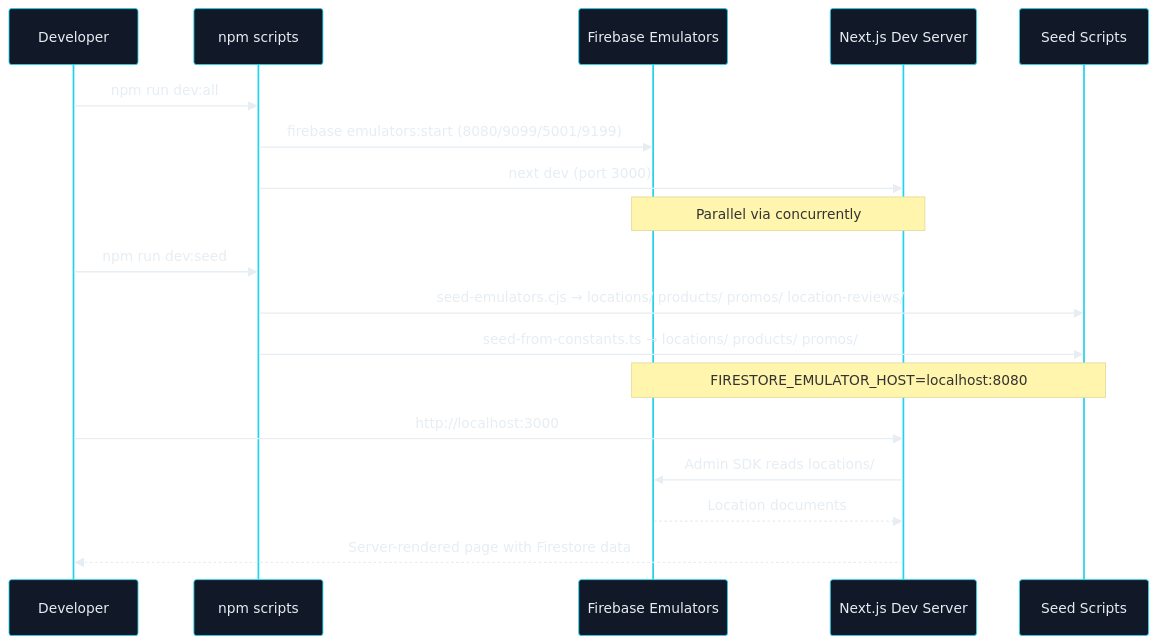
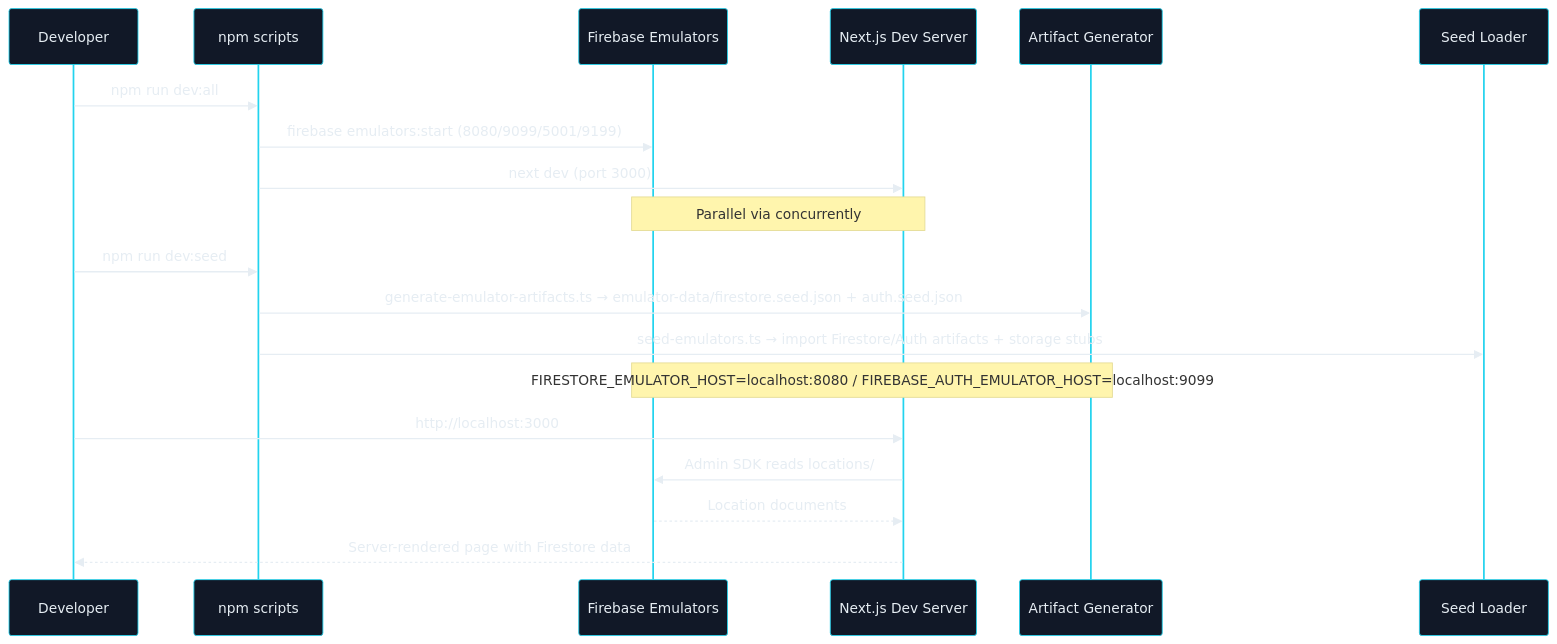
One commit to brewski-beers/rush-n-relax changed the fourth of 5 diagrams in docs/engineering/architecture.md. Above: the diagram before and after it, drawn with Mermaid. The commit also changed other lines of this file and 78 other files, not shown here.

````diff
--- a/docs/engineering/architecture.md
+++ b/docs/engineering/architecture.md
@@ -203,25 +203,26 @@
 ```mermaid
 %%{init: {'theme': 'base', 'themeVariables': {'background': '#0b0f17', 'primaryColor': '#111827', 'primaryTextColor': '#e6edf3', 'primaryBorderColor': '#22d3ee', 'lineColor': '#94a3b8', 'secondaryColor': '#0f172a', 'tertiaryColor': '#111827', 'clusterBkg': '#0f172a', 'clusterBorder': '#22d3ee', 'fontFamily': 'Avenir Next, Avenir, Segoe UI, sans-serif'}}}%%
 
 sequenceDiagram
     participant Dev as Developer
     participant NPM as npm scripts
     participant Emu as Firebase Emulators
     participant Next as Next.js Dev Server
-    participant Seed as Seed Scripts
+    participant Gen as Artifact Generator
+    participant Seed as Seed Loader
 
     Dev->>NPM: npm run dev:all
     NPM->>Emu: firebase emulators:start (8080/9099/5001/9199)
     NPM->>Next: next dev (port 3000)
     Note over Emu,Next: Parallel via concurrently
 
     Dev->>NPM: npm run dev:seed
-    NPM->>Seed: seed-emulators.cjs → locations/ products/ promos/ location-reviews/
-    NPM->>Seed: seed-from-constants.ts → locations/ products/ promos/
-    Note over Seed,Emu: FIRESTORE_EMULATOR_HOST=localhost:8080
+    NPM->>Gen: generate-emulator-artifacts.ts → emulator-data/firestore.seed.json + auth.seed.json
+    NPM->>Seed: seed-emulators.ts → import Firestore/Auth artifacts + storage stubs
+    Note over Gen,Emu: FIRESTORE_EMULATOR_HOST=localhost:8080 / FIREBASE_AUTH_EMULATOR_HOST=localhost:9099
 
     Dev->>Next: http://localhost:3000
     Next->>Emu: Admin SDK reads locations/
     Emu-->>Next: Location documents
     Next-->>Dev: Server-rendered page with Firestore data
 ```
````
